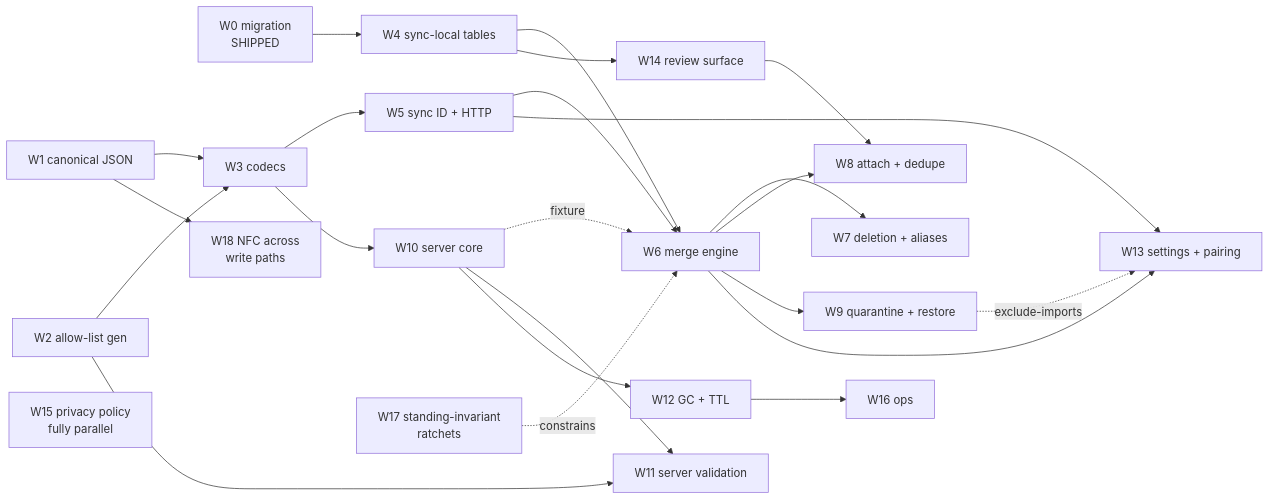
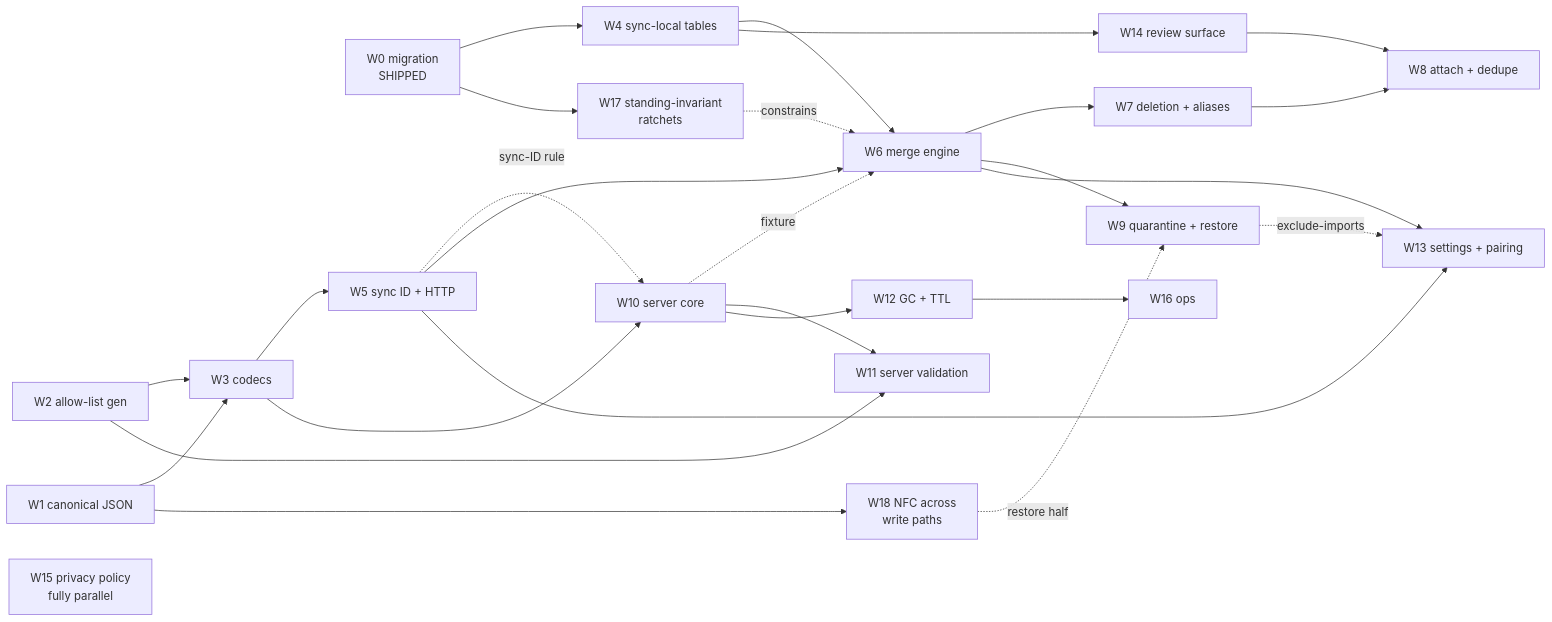
The diagram in docs/design/sync-implementation.md (ibanner56/CallersCompendium), drawn with Mermaid before and after one commit. The commit also changed other lines of this file and 1 other file, not shown here.

````diff
--- a/docs/design/sync-implementation.md
+++ b/docs/design/sync-implementation.md
@@ -1016,26 +1020,29 @@
 ```mermaid
 graph LR
   W0[W0 migration<br/>SHIPPED] --> W4[W4 sync-local tables]
   W1[W1 canonical JSON] --> W3[W3 codecs]
   W2[W2 allow-list gen] --> W3
   W2 --> W11[W11 server validation]
   W3 --> W5[W5 sync ID + HTTP]
   W3 --> W10[W10 server core]
+  W5 -.sync-ID rule.-> W10
   W4 --> W6[W6 merge engine]
   W5 --> W6
   W10 -.fixture.-> W6
   W10 --> W11
   W10 --> W12[W12 GC + TTL]
   W6 --> W7[W7 deletion + aliases]
-  W6 --> W8[W8 attach + dedupe]
+  W7 --> W8[W8 attach + dedupe]
   W6 --> W9[W9 quarantine + restore]
   W4 --> W14[W14 review surface]
   W14 --> W8
-    W5 --> W13[W13 settings + pairing]
+  W5 --> W13[W13 settings + pairing]
   W6 --> W13
   W9 -.exclude-imports.-> W13
   W12 --> W16[W16 ops]
   W15[W15 privacy policy<br/>fully parallel]
   W17[W17 standing-invariant<br/>ratchets] -.constrains.-> W6
+  W0 --> W17
   W1 --> W18[W18 NFC across<br/>write paths]
+  W18 -.restore half.-> W9
 ```
````
